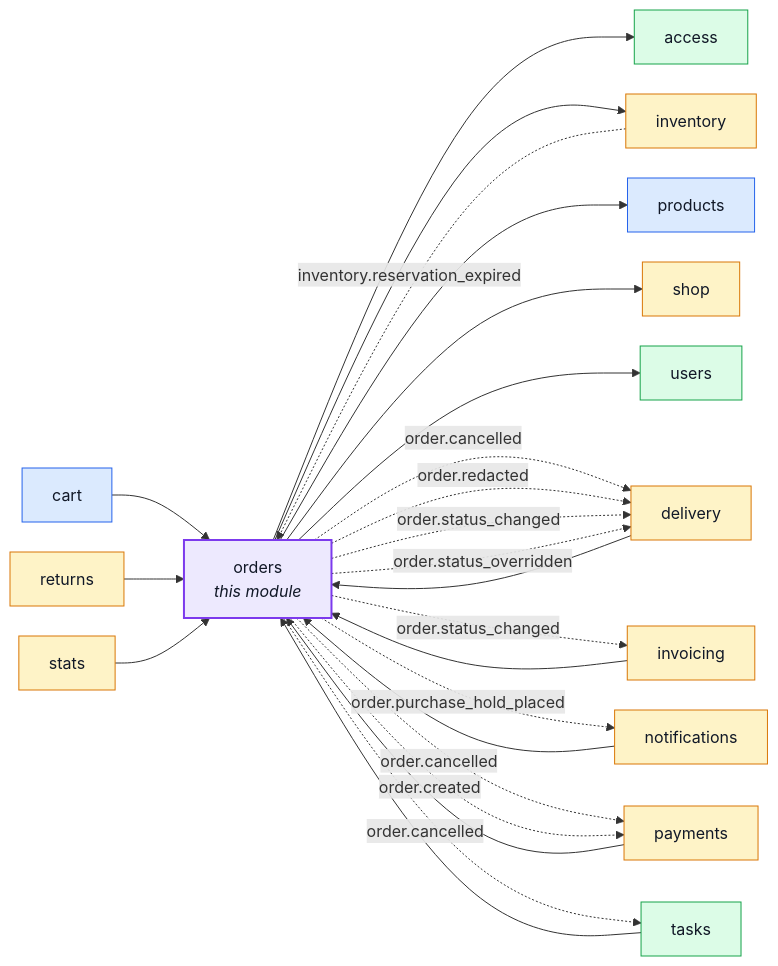
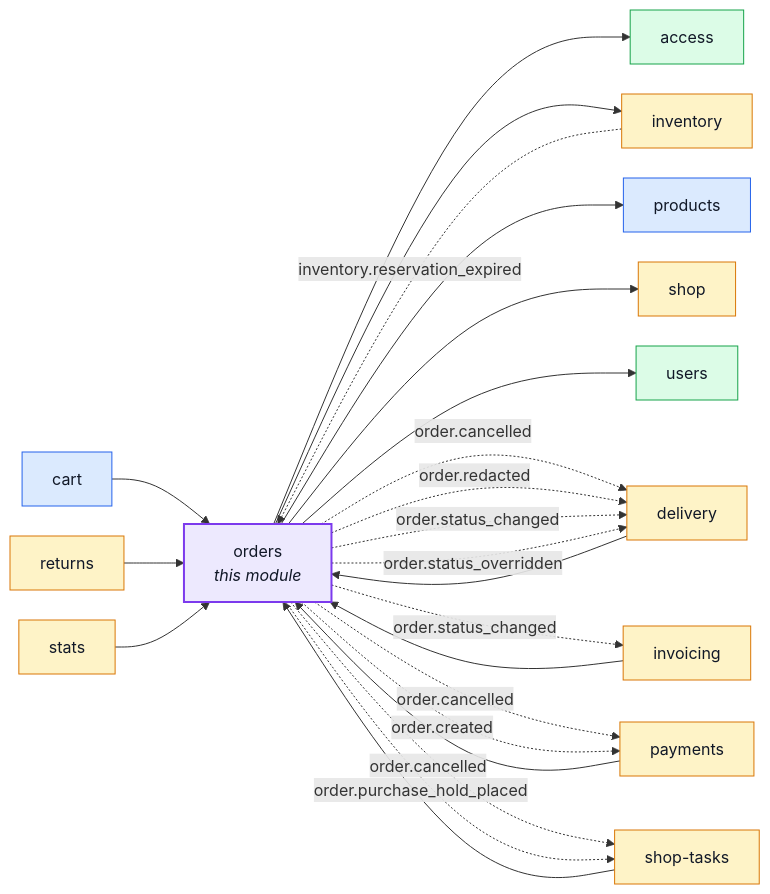
The first of 9 diagrams in docs/modules/orders.md (Guebbit/boilerplate-node-backend), drawn with Mermaid before and after one commit. The commit also changed 107 other files, not shown here.

First line of the commit message:
refactor(shop-tasks): move the shop's to-dos and notices into their own module

````diff
--- a/docs/modules/orders.md
+++ b/docs/modules/orders.md
@@ -16,51 +16,49 @@
 ```mermaid
 %%{init: {'flowchart': {'nodeSpacing': 30, 'rankSpacing': 60}}}%%
 flowchart LR
     orders["orders<br/><i>this module</i>"]
     access["access"]
     cart["cart"]
     delivery["delivery"]
     inventory["inventory"]
     invoicing["invoicing"]
-    notifications["notifications"]
     payments["payments"]
     products["products"]
     returns["returns"]
     shop["shop"]
+    shop_tasks["shop-tasks"]
     stats["stats"]
-    tasks["tasks"]
     users["users"]
 
     cart --> orders
     delivery --> orders
     invoicing --> orders
-    notifications --> orders
     payments --> orders
     returns --> orders
+    shop_tasks --> orders
     stats --> orders
-    tasks --> orders
     orders --> access
     orders --> inventory
     orders --> products
     orders --> shop
     orders --> users
     inventory -. "inventory.reservation_expired" .-> orders
     orders -. "order.cancelled" .-> delivery
     orders -. "order.redacted" .-> delivery
     orders -. "order.status_changed" .-> delivery
     orders -. "order.status_overridden" .-> delivery
     orders -. "order.status_changed" .-> invoicing
-    orders -. "order.purchase_hold_placed" .-> notifications
     orders -. "order.cancelled" .-> payments
     orders -. "order.created" .-> payments
-    orders -. "order.cancelled" .-> tasks
+    orders -. "order.cancelled" .-> shop_tasks
+    orders -. "order.purchase_hold_placed" .-> shop_tasks
 
     classDef core fill:#dbeafe,stroke:#2563eb,color:#111827;
     classDef supporting fill:#fef3c7,stroke:#d97706,color:#111827;
     classDef generic fill:#dcfce7,stroke:#16a34a,color:#111827;
     classDef centre fill:#ede9fe,stroke:#7c3aed,stroke-width:2px,color:#111827;
     class cart,products core;
-    class delivery,inventory,invoicing,notifications,payments,returns,shop,stats supporting;
-    class access,tasks,users generic;
+    class delivery,inventory,invoicing,payments,returns,shop,shop_tasks,stats supporting;
+    class access,users generic;
     class orders centre;
 ```
````
